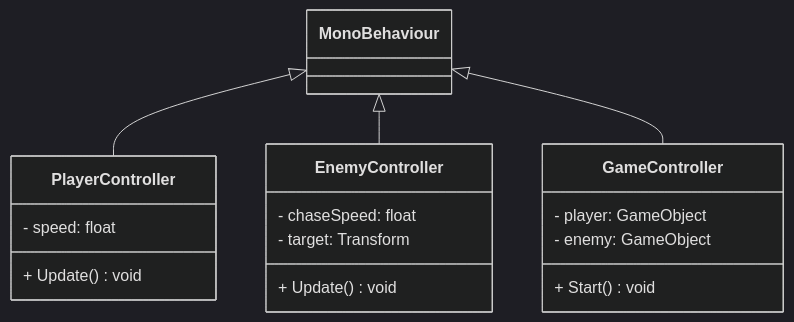
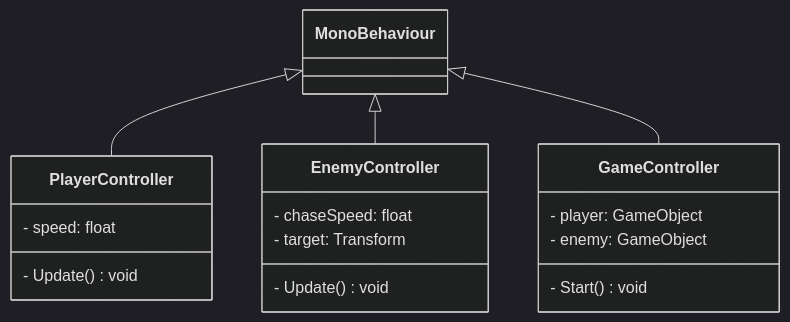
Before and after one commit to 4ahmns-sosem-2324/09-Mermaid-lholleis: the diagram in README.md, drawn with Mermaid (dark theme).

````diff
--- a/README.md
+++ b/README.md
@@ -2,20 +2,20 @@
 ```mermaid
 classDiagram
     MonoBehaviour <|-- PlayerController
     MonoBehaviour <|-- EnemyController
     MonoBehaviour <|-- GameController
     class GameController {
         - player: GameObject
         - enemy: GameObject
-        + Start() void 
+        - Start() void 
     }
     class PlayerController {
         - speed: float 
-        + Update() void 
+        - Update() void 
     }
     class EnemyController {
         - chaseSpeed: float 
         - target: Transform 
-        + Update() void 
+        - Update() void 
     }
 ```
````
